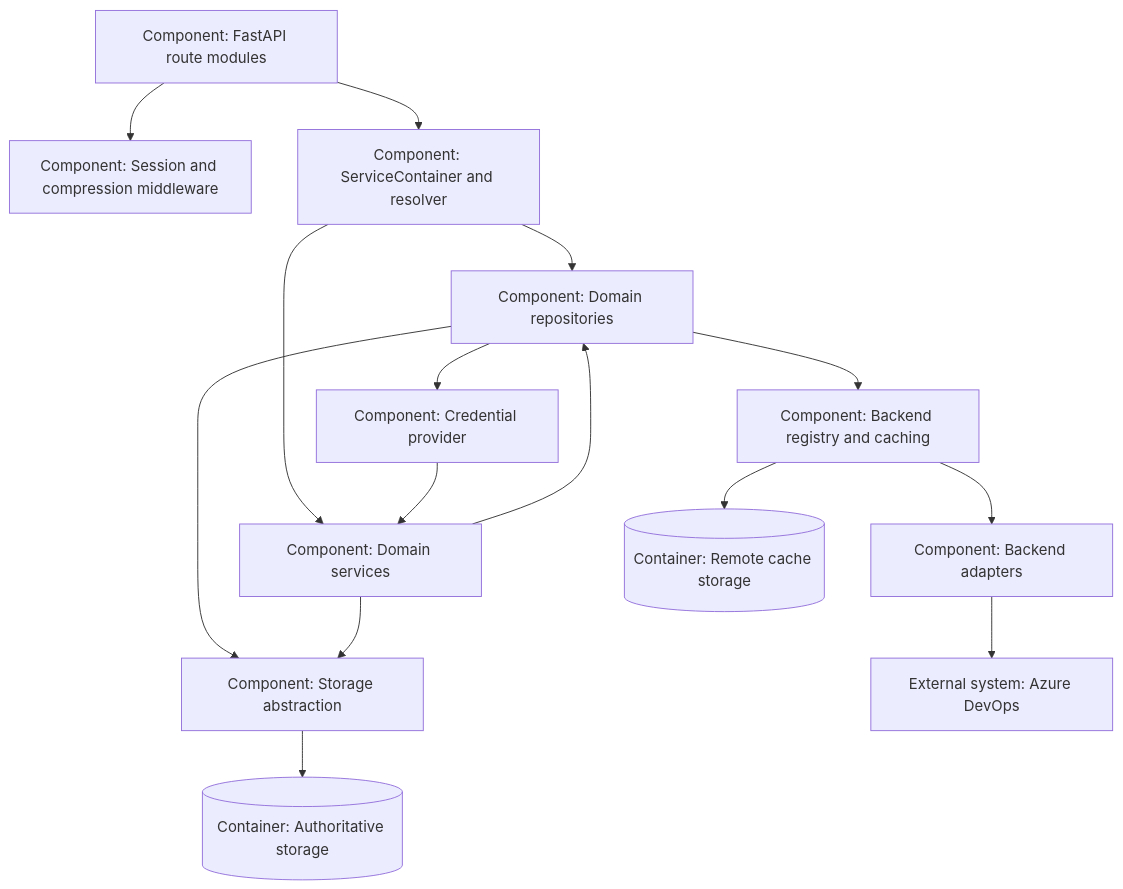
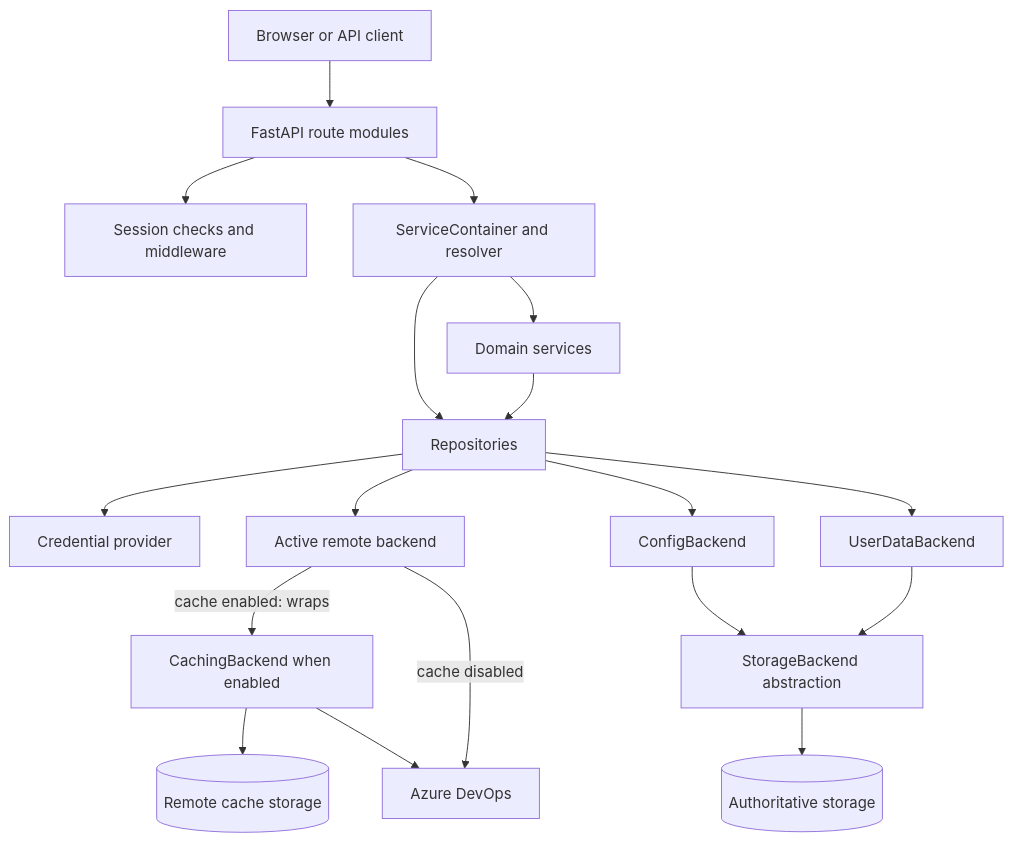
Before and after one commit to kpoppel/PlannerTool: the third of 5 diagrams in docs/ARCHITECTURE_SERVER.md, drawn with Mermaid. The commit also changed other lines of this file and 4 other files, not shown here.

````diff
--- a/docs/ARCHITECTURE_SERVER.md
+++ b/docs/ARCHITECTURE_SERVER.md
@@ -126,30 +94,36 @@
 ```mermaid
 flowchart TB
-    routes[Component: FastAPI route modules]
-    middleware[Component: Session and compression middleware]
-    di[Component: ServiceContainer and resolver]
-    repos[Component: Domain repositories]
-    services[Component: Domain services]
-    registry[Component: Backend registry and caching]
-    adapters[Component: Backend adapters]
-    storage[Component: Storage abstraction]
-    credentials[Component: Credential provider]
-    authstore[(Container: Authoritative storage)]
-    cachestore[(Container: Remote cache storage)]
-    ado[External system: Azure DevOps]
+    client[Browser or API client]
+    routes[FastAPI route modules]
+    access[Session checks and middleware]
+    di[ServiceContainer and resolver]
+    repos[Repositories]
+    services[Domain services]
+    credential[Credential provider]
+    remote[Active remote backend]
+    config[ConfigBackend]
+    userData[UserDataBackend]
+    cache[CachingBackend when enabled]
+    storage[StorageBackend abstraction]
+    durable[(Authoritative storage)]
+    remoteCache[(Remote cache storage)]
+    ado[Azure DevOps]
 
-    routes --> middleware
+    client --> routes
+    routes --> access
     routes --> di
     di --> repos
     di --> services
-    repos --> credentials
-    repos --> registry
-    repos --> storage
+    repos --> credential
+    repos --> remote
+    repos --> config
+    repos --> userData
     services --> repos
-    services --> storage
-    registry --> adapters
-    registry --> cachestore
-    adapters --> ado
-    storage --> authstore
-    credentials --> services
+    config --> storage
+    userData --> storage
+    storage --> durable
+    remote -->|cache enabled: wraps| cache
+    cache --> remoteCache
+    cache --> ado
+    remote -->|cache disabled| ado
 ```
````
